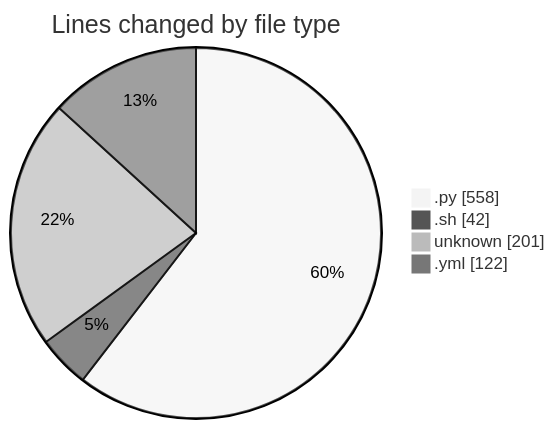
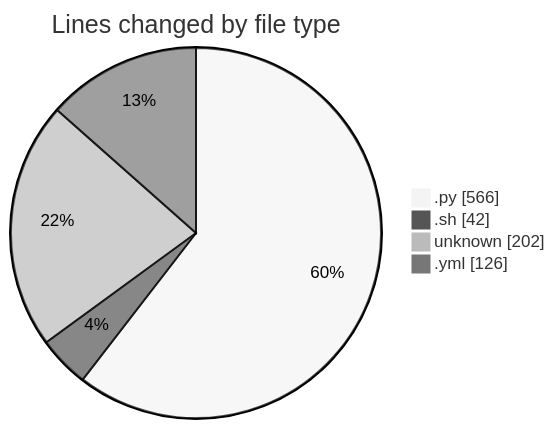
One commit to Elitesun/code-tracking changed the first of 2 diagrams in 2025-05-14/niten/README.md. Above: the diagram before and after it, drawn with Mermaid (neutral theme). The commit also changed other lines of this file and 1 other file, not shown here.

````diff
--- a/2025-05-14/niten/README.md
+++ b/2025-05-14/niten/README.md
@@ -30,8 +30,8 @@
 ```mermaid
 pie showData
 title Lines changed by file type
-".py" : 558
+".py" : 566
 ".sh" : 42
-"unknown" : 201
-".yml" : 122
+"unknown" : 202
+".yml" : 126
 ```
````
